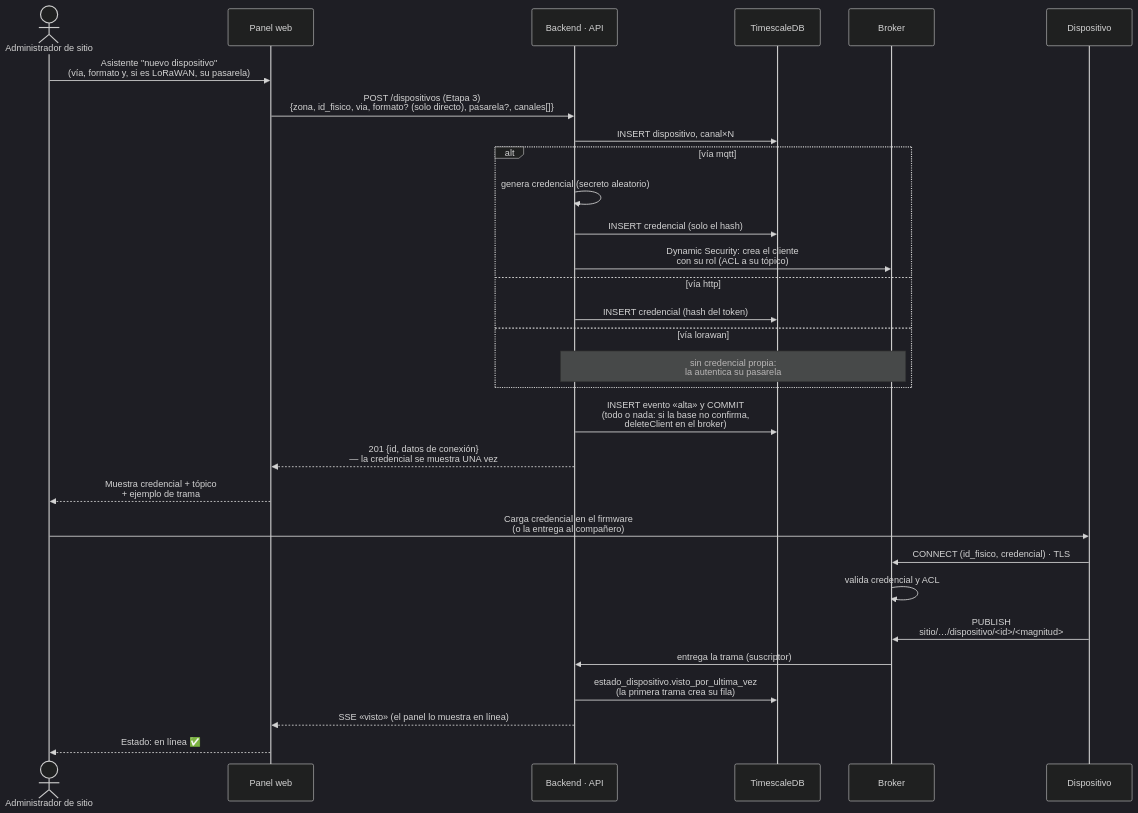
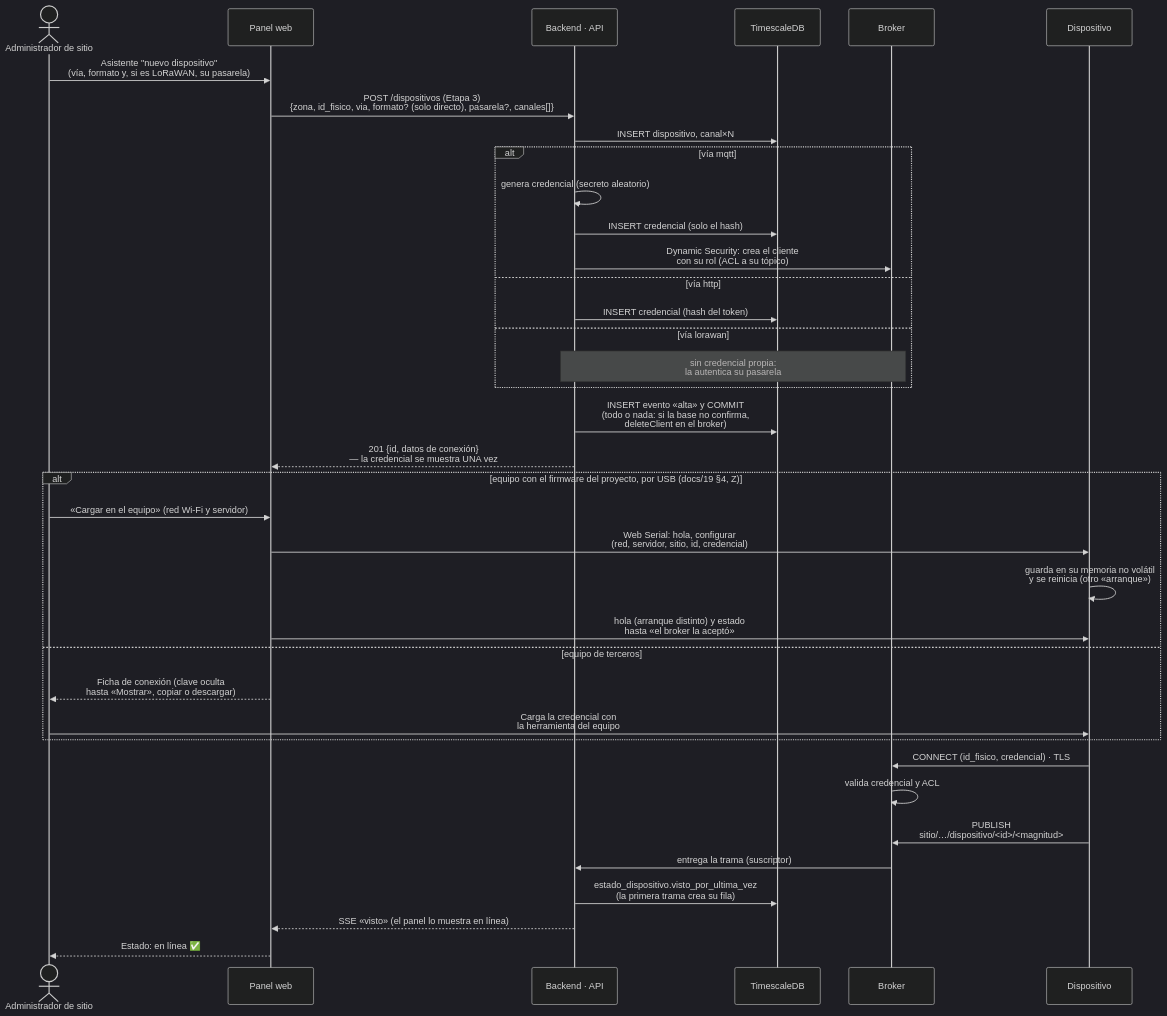
One commit to vicenterami/tesis changed the diagram in informe-oficial/figuras/mermaid/sec-alta.mmd. Above: the diagram before and after it, drawn with Mermaid (dark theme). The commit also changed 39 other files, not shown here.

First line of the commit message:
Cargar la red y la credencial en el equipo por USB desde el panel

```diff
--- a/informe-oficial/figuras/mermaid/sec-alta.mmd
+++ b/informe-oficial/figuras/mermaid/sec-alta.mmd
@@ -1,31 +1,38 @@
 sequenceDiagram
     actor Admin as Administrador de sitio
     participant FE as Panel web
     participant API as Backend · API
     participant DB as TimescaleDB
     participant MQ as Broker
     participant Dev as Dispositivo
 
     Admin->>FE: Asistente "nuevo dispositivo"<br/>(vía, formato y, si es LoRaWAN, su pasarela)
     FE->>API: POST /dispositivos (Etapa 3)<br/>{zona, id_fisico, via, formato? (solo directo), pasarela?, canales[]}
     API->>DB: INSERT dispositivo, canal×N
     alt vía mqtt
         API->>API: genera credencial (secreto aleatorio)
         API->>DB: INSERT credencial (solo el hash)
         API->>MQ: Dynamic Security: crea el cliente<br/>con su rol (ACL a su tópico)
     else vía http
         API->>DB: INSERT credencial (hash del token)
     else vía lorawan
         Note over API,MQ: sin credencial propia:<br/>la autentica su pasarela
     end
     API->>DB: INSERT evento «alta» y COMMIT<br/>(todo o nada: si la base no confirma,<br/>deleteClient en el broker)
     API-->>FE: 201 {id, datos de conexión}<br/>— la credencial se muestra UNA vez
-    FE-->>Admin: Muestra credencial + tópico<br/>+ ejemplo de trama
-    Admin->>Dev: Carga credencial en el firmware<br/>(o la entrega al compañero)
+    alt equipo con el firmware del proyecto, por USB (docs/19 §4, Z)
+        Admin->>FE: «Cargar en el equipo» (red Wi-Fi y servidor)
+        FE->>Dev: Web Serial: hola, configurar<br/>(red, servidor, sitio, id, credencial)
+        Dev->>Dev: guarda en su memoria no volátil<br/>y se reinicia (otro «arranque»)
+        FE->>Dev: hola (arranque distinto) y estado<br/>hasta «el broker la aceptó»
+    else equipo de terceros
+        FE-->>Admin: Ficha de conexión (clave oculta<br/>hasta «Mostrar», copiar o descargar)
+        Admin->>Dev: Carga la credencial con<br/>la herramienta del equipo
+    end
     Dev->>MQ: CONNECT (id_fisico, credencial) · TLS
     MQ->>MQ: valida credencial y ACL
     Dev->>MQ: PUBLISH<br/>sitio/…/dispositivo/<id>/<magnitud>
     MQ->>API: entrega la trama (suscriptor)
     API->>DB: estado_dispositivo.visto_por_ultima_vez<br/>(la primera trama crea su fila)
     API-->>FE: SSE «visto» (el panel lo muestra en línea)
     FE-->>Admin: Estado: en línea ✅
```
